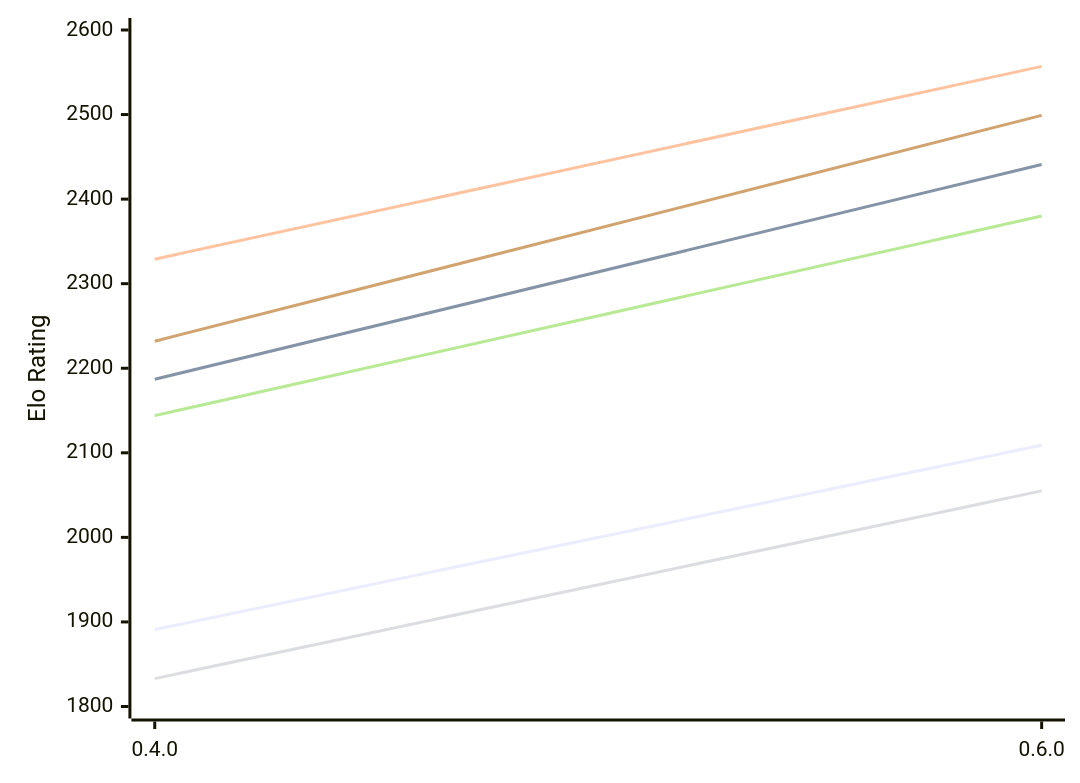
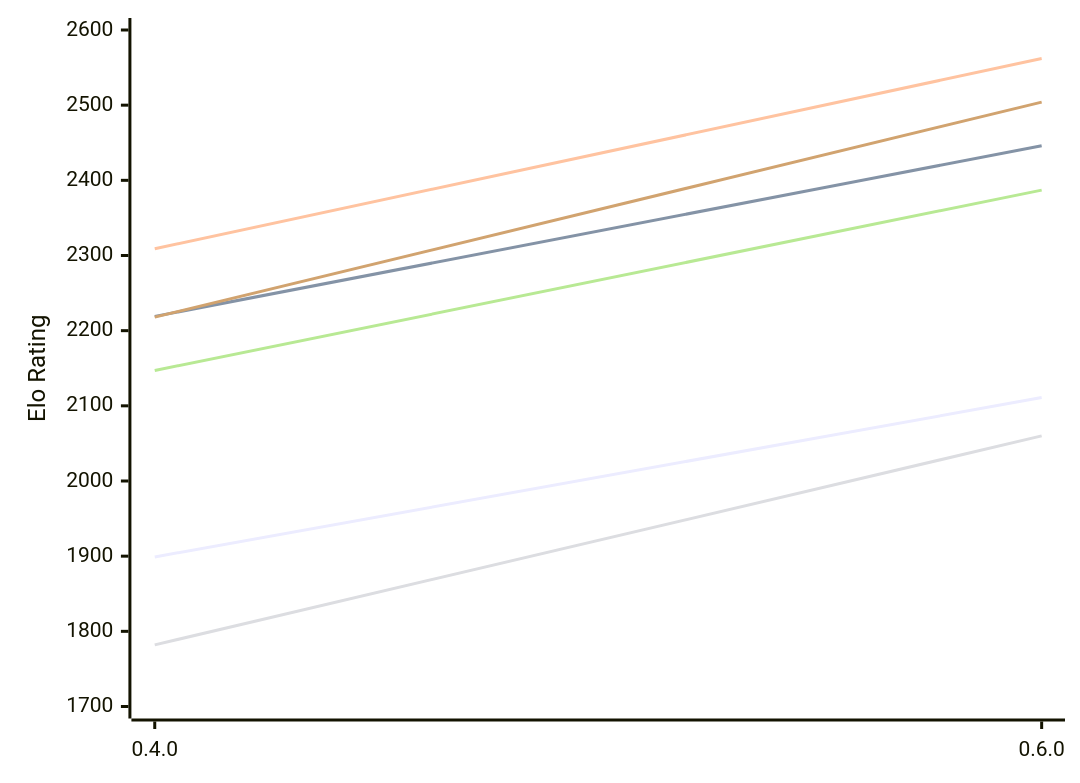
Before and after one commit to computer-chess-index/cci: the first of 2 diagrams in engines/Ariadne.md, drawn with Mermaid. The commit also changed other lines of this file, not shown here.

Commit message:
Update CCI Ratings (ELO VLTC) - 2026-11-16

````diff
--- a/engines/Ariadne.md
+++ b/engines/Ariadne.md
@@ -50,12 +50,12 @@
 ```mermaid
 %%{init: {"theme":"base","themeVariables":{"seriesColors:['#a3a3a3','#222221','#faa371']}}}%%
 xychart-beta
   x-axis ["0.4.0", "0.6.0"]
-  y-axis "Elo Rating" 1800 --> 2600
-  line "E1: STC (8.0+0.08s)" [1891, 2109]
-  line "E1: LTC (60.0+0.60s)" [2187, 2441]
-  line "E1: VLTC (2m24s+1.12s)" [2329, 2557]
-  line "P1: STC (8.0+0.08s)" [1833, 2055]
-  line "P1: LTC (60.0+0.60s)" [2144, 2380]
-  line "P1: VLTC (2m24s+1.12s)" [2232, 2499]
+  y-axis "Elo Rating" 1700 --> 2600
+  line "E1: STC (8.0+0.08s)" [1899, 2111]
+  line "E1: LTC (60.0+0.60s)" [2219, 2446]
+  line "E1: VLTC (2m24s+1.12s)" [2309, 2562]
+  line "P1: STC (8.0+0.08s)" [1782, 2060]
+  line "P1: LTC (60.0+0.60s)" [2147, 2387]
+  line "P1: VLTC (2m24s+1.12s)" [2218, 2504]
 ```
````
